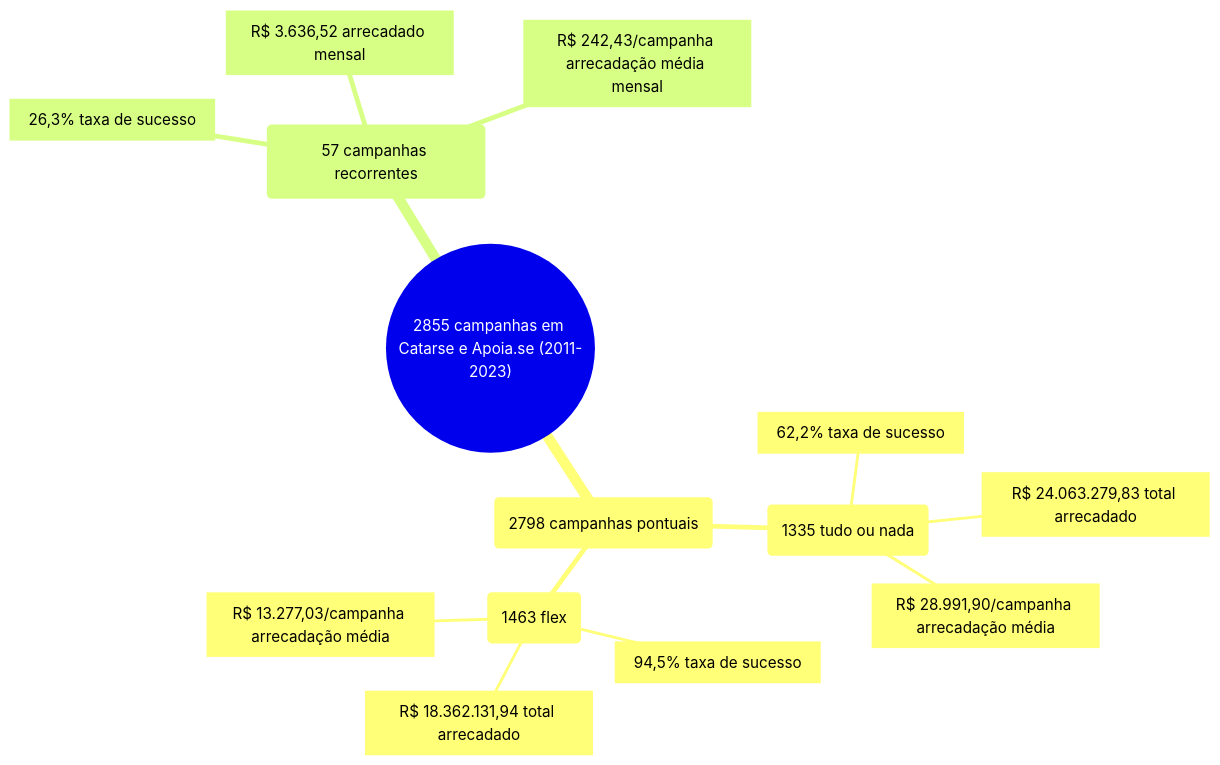
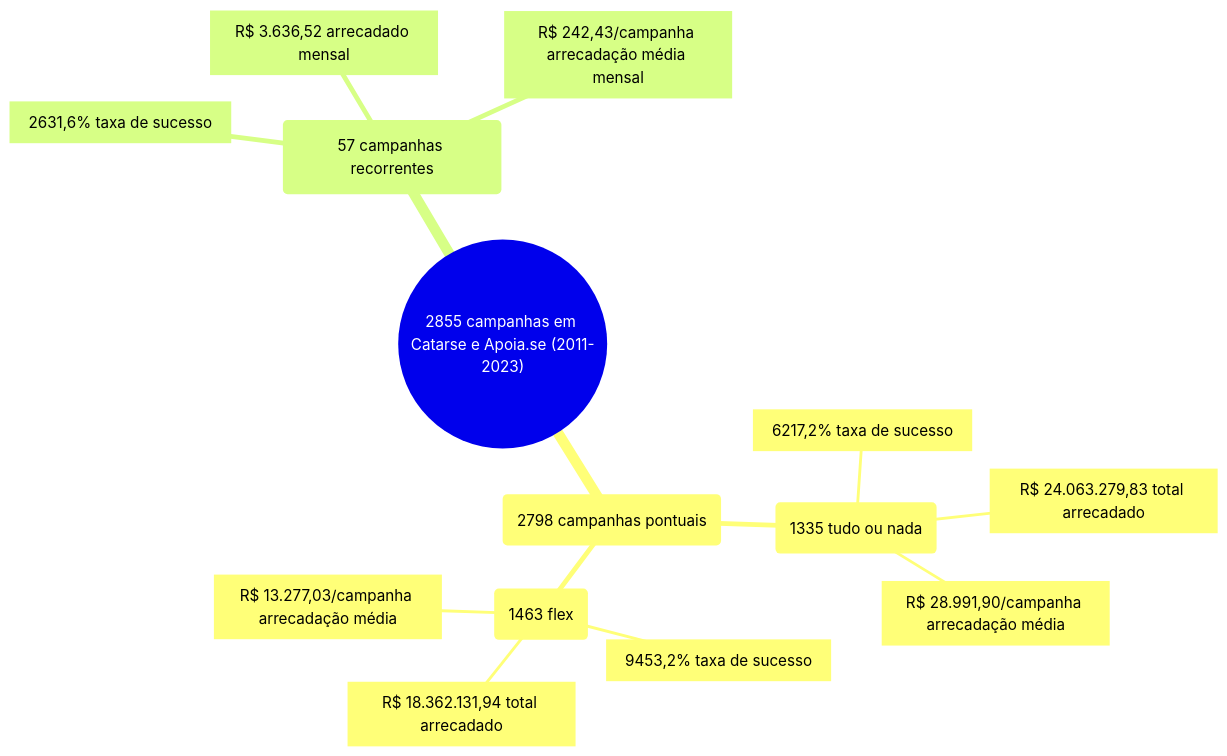
The first of 2 diagrams in dados/csv/2023/analise_descritiva/sint_resumo_por_origem_modalidade.md (silva-erick/profico-hq), drawn with Mermaid before and after one commit. The commit also changed other lines of this file and 85 other files, not shown here.

````diff
--- a/dados/csv/2023/analise_descritiva/sint_resumo_por_origem_modalidade.md
+++ b/dados/csv/2023/analise_descritiva/sint_resumo_por_origem_modalidade.md
@@ -37,17 +37,17 @@
 ```mermaid
 mindmap
   root(("2855 campanhas em Catarse e Apoia.se (2011-2023)"))
     camp_pontual("2798 campanhas pontuais")
         camp_pontual_tudo_ou_nada("1335 tudo ou nada")
-            camp_pontual_tudo_ou_nada_taxa_sucesso["62,2% taxa de sucesso"]
+            camp_pontual_tudo_ou_nada_taxa_sucesso["6217,2% taxa de sucesso"]
             camp_pontual_tudo_ou_nada_arr["R$ 24.063.279,83 total arrecadado"]
             camp_pontual_tudo_ou_nada_arr_med["R$ 28.991,90/campanha arrecadação média"]
         camp_pontual_flex("1463 flex")
-            camp_pontual_flex_taxa_sucesso["94,5% taxa de sucesso"]
+            camp_pontual_flex_taxa_sucesso["9453,2% taxa de sucesso"]
             camp_pontual_flex_arr_mensal["R$ 18.362.131,94 total arrecadado"]
             camp_pontual_flex_arr_med_mensal["R$ 13.277,03/campanha arrecadação média"]
     camp_recorrente("57 campanhas recorrentes")
-        camp_recorrente_taxa_sucesso["26,3% taxa de sucesso"]
+        camp_recorrente_taxa_sucesso["2631,6% taxa de sucesso"]
         camp_recorrente_arr_mensal["R$ 3.636,52 arrecadado mensal"]
         camp_recorrente_arr_med_mensal["R$ 242,43/campanha arrecadação média mensal"]
 ```
````
